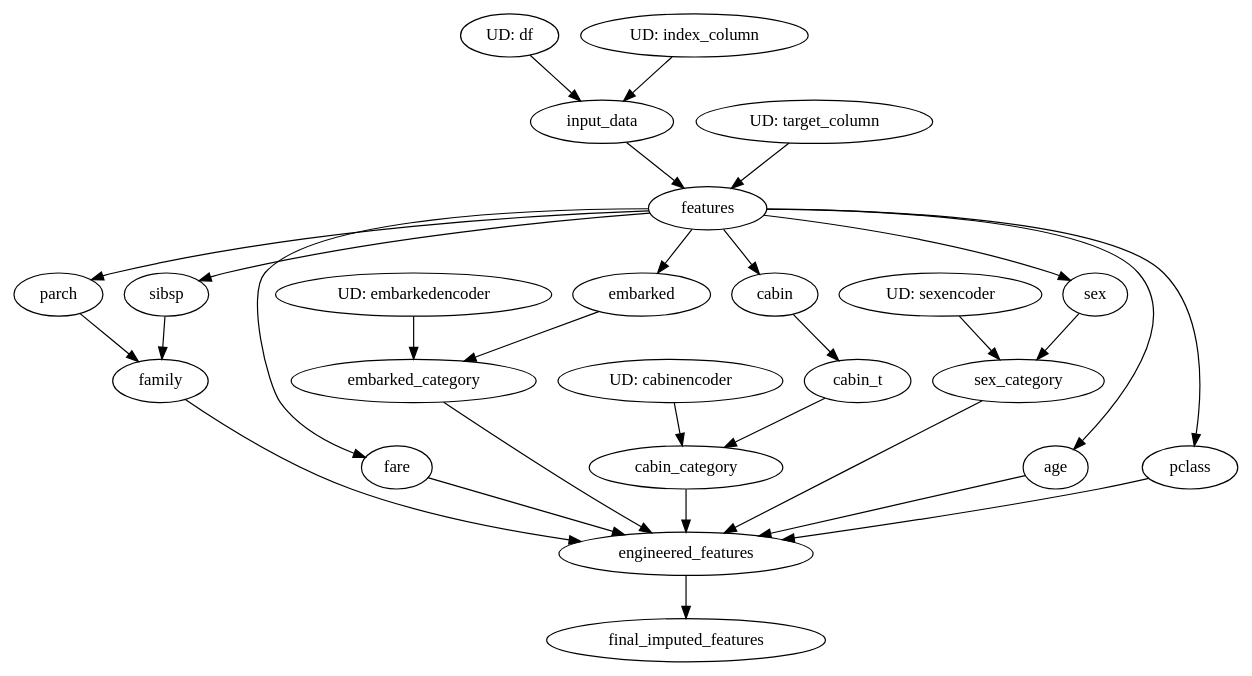
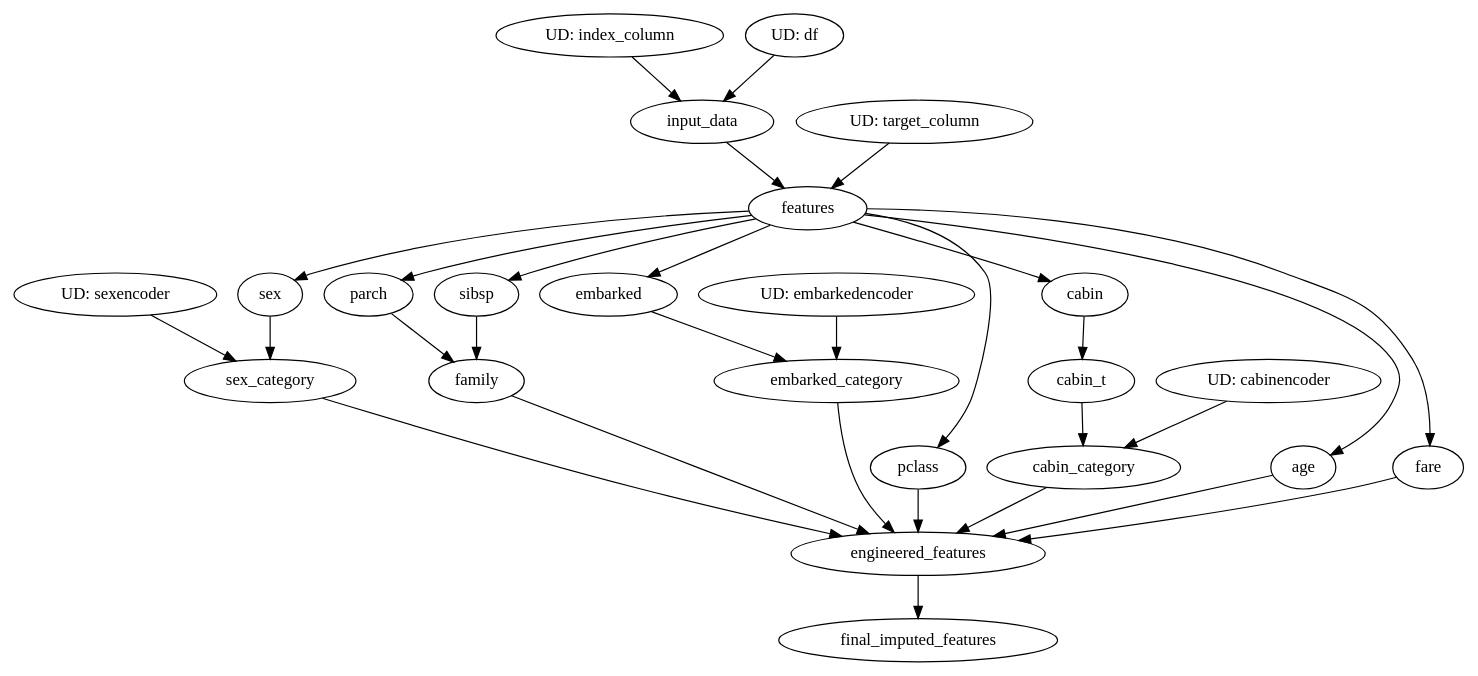
The diagram in artifacts/transtest.dot (aamir09/mlops2_with_dagster), drawn with Graphviz before and after one commit. The commit also changed other lines of this file and 50 other files, not shown here.

```diff
--- a/artifacts/transtest.dot
+++ b/artifacts/transtest.dot
@@ -1,61 +1,61 @@
 // Dependency Graph
 digraph {
-	embarkedencoder [label=embarkedencoder]
-	cabinencoder [label=cabinencoder]
+	cabin_category [label=cabin_category]
+	embarked_category [label=embarked_category]
+	parch [label=parch]
 	sex_category [label=sex_category]
 	embarked [label=embarked]
-	cabin_category [label=cabin_category]
-	parch [label=parch]
+	features [label=features]
+	pclass [label=pclass]
+	cabin [label=cabin]
+	sex [label=sex]
 	sibsp [label=sibsp]
-	fare [label=fare]
-	cabin [label=cabin]
+	index_column [label=index_column]
 	sexencoder [label=sexencoder]
 	age [label=age]
-	embarked_category [label=embarked_category]
+	cabinencoder [label=cabinencoder]
 	input_data [label=input_data]
+	embarkedencoder [label=embarkedencoder]
 	final_imputed_features [label=final_imputed_features]
-	pclass [label=pclass]
+	fare [label=fare]
+	engineered_features [label=engineered_features]
+	cabin_t [label=cabin_t]
 	family [label=family]
+	target_column [label=target_column]
 	df [label=df]
-	cabin_t [label=cabin_t]
-	engineered_features [label=engineered_features]
-	features [label=features]
-	sex [label=sex]
-	target_column [label=target_column]
-	index_column [label=index_column]
+	sexencoder [label="UD: sexencoder"]
+	target_column [label="UD: target_column"]
+	df [label="UD: df"]
+	cabinencoder [label="UD: cabinencoder"]
 	embarkedencoder [label="UD: embarkedencoder"]
-	cabinencoder [label="UD: cabinencoder"]
-	sexencoder [label="UD: sexencoder"]
-	df [label="UD: df"]
-	target_column [label="UD: target_column"]
 	index_column [label="UD: index_column"]
+	cabin_t -> cabin_category
+	cabinencoder -> cabin_category
+	embarked -> embarked_category
+	embarkedencoder -> embarked_category
+	features -> parch
 	sex -> sex_category
 	sexencoder -> sex_category
 	features -> embarked
-	cabin_t -> cabin_category
-	cabinencoder -> cabin_category
-	features -> parch
+	input_data -> features
+	target_column -> features
+	features -> pclass
+	features -> cabin
+	features -> sex
 	features -> sibsp
-	features -> fare
-	features -> cabin
 	features -> age
-	embarked -> embarked_category
-	embarkedencoder -> embarked_category
 	df -> input_data
 	index_column -> input_data
 	engineered_features -> final_imputed_features
-	features -> pclass
-	sibsp -> family
-	parch -> family
-	cabin -> cabin_t
+	features -> fare
 	pclass -> engineered_features
 	age -> engineered_features
 	fare -> engineered_features
 	cabin_category -> engineered_features
 	sex_category -> engineered_features
 	embarked_category -> engineered_features
 	family -> engineered_features
-	input_data -> features
-	target_column -> features
-	features -> sex
+	cabin -> cabin_t
+	sibsp -> family
+	parch -> family
 }
```
